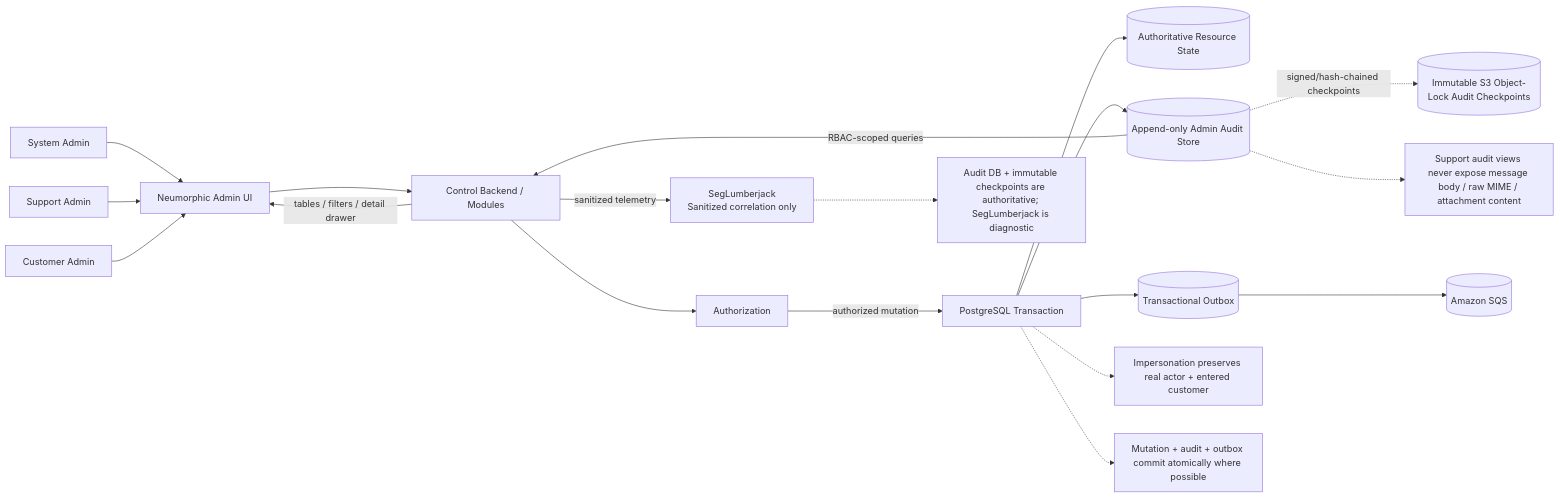
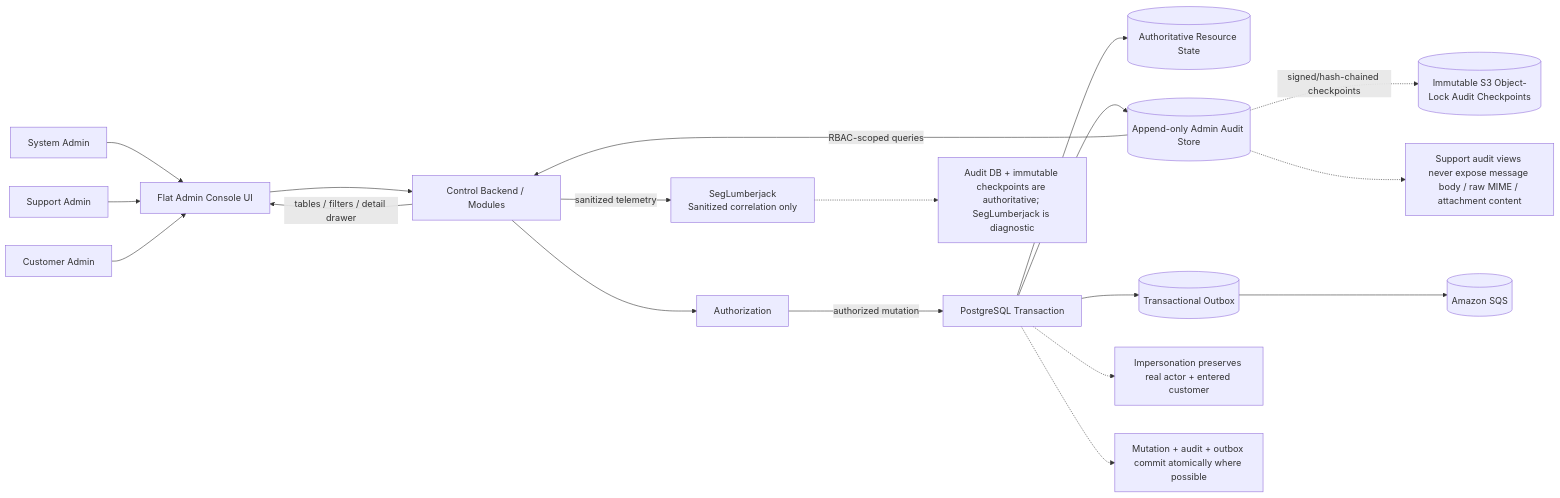
Before and after one commit to Oba-SEG/Nullapart: the diagram in docs/diagrams/11-admin-audit-architecture.mmd, drawn with Mermaid. The commit also changed 10 other files, not shown here.

```diff
--- a/docs/diagrams/11-admin-audit-architecture.mmd
+++ b/docs/diagrams/11-admin-audit-architecture.mmd
@@ -1,42 +1,42 @@
 flowchart LR
     System[System Admin]
     Support[Support Admin]
     Customer[Customer Admin]
-    UI[Neumorphic Admin UI]
+    UI[Flat Admin Console UI]
     Control[Control Backend / Modules]
     Auth[Authorization]
     Tx[PostgreSQL Transaction]
     Resource[(Authoritative Resource State)]
     AuditDB[(Append-only Admin Audit Store)]
     Outbox[(Transactional Outbox)]
     SQS[(Amazon SQS)]
     Seg[SegLumberjack\nSanitized correlation only]
     Archive[(Immutable S3 Object-Lock Audit Checkpoints)]
 
     System --> UI
     Support --> UI
     Customer --> UI
     UI --> Control --> Auth
 
     Auth -->|authorized mutation| Tx
     Tx --> Resource
     Tx --> AuditDB
     Tx --> Outbox
 
     Outbox --> SQS
     Control -->|sanitized telemetry| Seg
 
     AuditDB -. signed/hash-chained checkpoints .-> Archive
 
     AuditDB -->|RBAC-scoped queries| Control
     Control -->|tables / filters / detail drawer| UI
 
     Note1[Support audit views never expose message body / raw MIME / attachment content]
     Note2[Impersonation preserves real actor + entered customer]
     Note3[Mutation + audit + outbox commit atomically where possible]
     Note4[Audit DB + immutable checkpoints are authoritative; SegLumberjack is diagnostic]
 
     AuditDB -.-> Note1
     Tx -.-> Note2
     Tx -.-> Note3
     Seg -.-> Note4
```
